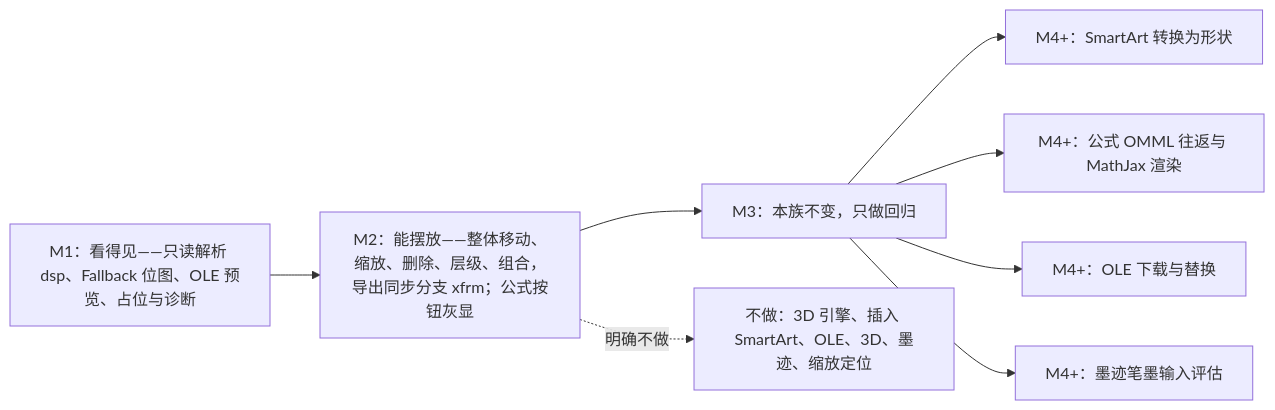
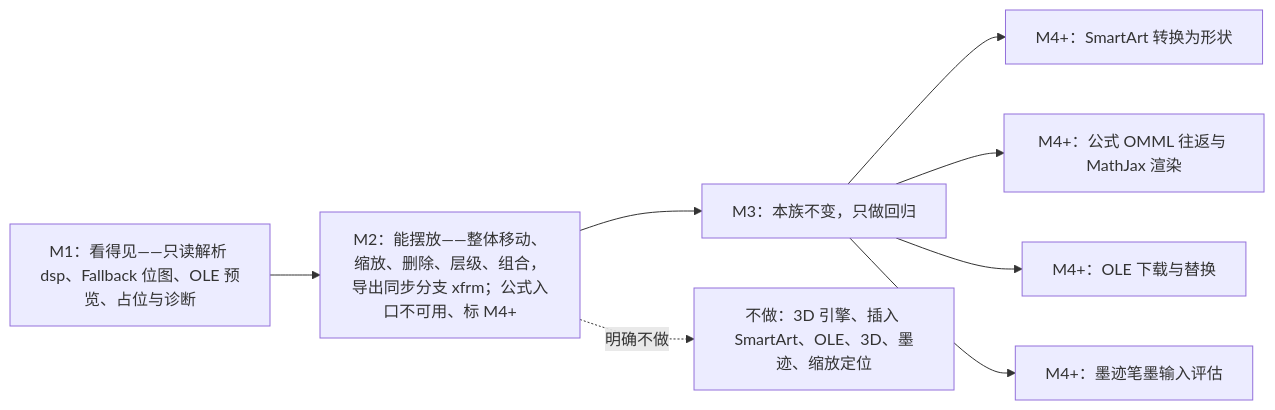
Diagram 11 of 11 in docs/50-frontend/25-elements-readonly-and-opaque.md (Xeonice/cordis-ppt-editor), drawn with Mermaid before and after one commit. The commit also changed other lines of this file and 25 other files, not shown here.

````diff
--- a/docs/50-frontend/25-elements-readonly-and-opaque.md
+++ b/docs/50-frontend/25-elements-readonly-and-opaque.md
@@ -566,17 +570,17 @@
 ```mermaid
 flowchart LR
   m1["M1：看得见——只读解析 dsp、Fallback 位图、OLE 预览、占位与诊断"]
-  m2["M2：能摆放——整体移动、缩放、删除、层级、组合，导出同步分支 xfrm；公式按钮灰显"]
+  m2["M2：能摆放——整体移动、缩放、删除、层级、组合，导出同步分支 xfrm；公式入口不可用、标 M4+"]
   m3["M3：本族不变，只做回归"]
   m4a["M4+：SmartArt 转换为形状"]
   m4b["M4+：公式 OMML 往返与 MathJax 渲染"]
   m4c["M4+：OLE 下载与替换"]
   m4d["M4+：墨迹笔墨输入评估"]
   never["不做：3D 引擎、插入 SmartArt、OLE、3D、墨迹、缩放定位"]
   m1 --> m2 --> m3
   m3 --> m4a
   m3 --> m4b
   m3 --> m4c
   m3 --> m4d
   m2 -.->|"明确不做"| never
 ```
````
